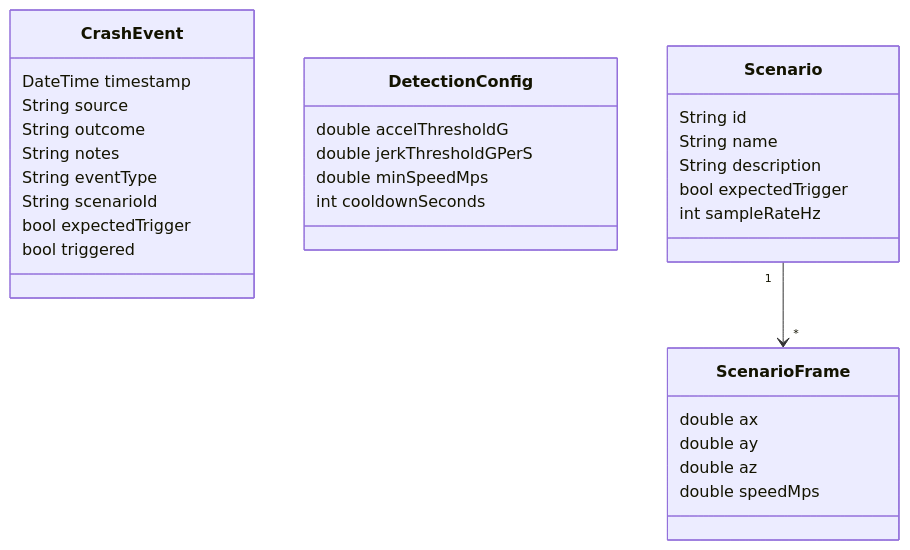
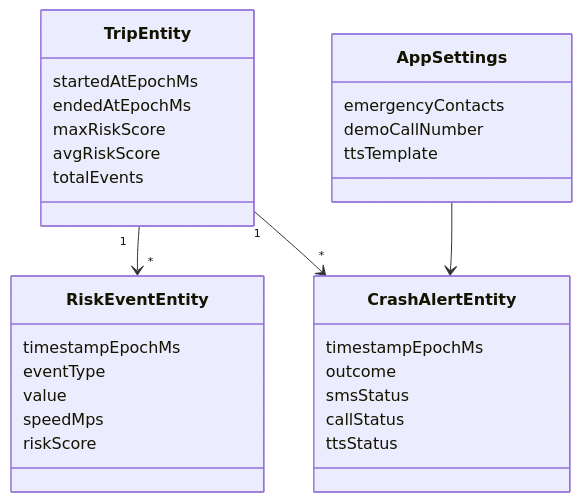
One commit to JS-961/Project-Sentry changed the eighth of 8 diagrams in flutter-app/assets/diagrams.md. Above: the diagram before and after it, drawn with Mermaid. The commit also changed other lines of this file and 59 other files, not shown here.

````diff
--- a/flutter-app/assets/diagrams.md
+++ b/flutter-app/assets/diagrams.md
@@ -117,33 +225,32 @@
 ```mermaid
 classDiagram
-  class CrashEvent {
-    DateTime timestamp
-    String source
-    String outcome
-    String notes
-    String eventType
-    String scenarioId
-    bool expectedTrigger
-    bool triggered
+  class TripEntity {
+    startedAtEpochMs
+    endedAtEpochMs
+    maxRiskScore
+    avgRiskScore
+    totalEvents
   }
-  class DetectionConfig {
-    double accelThresholdG
-    double jerkThresholdGPerS
-    double minSpeedMps
-    int cooldownSeconds
+  class RiskEventEntity {
+    timestampEpochMs
+    eventType
+    value
+    speedMps
+    riskScore
   }
-  class Scenario {
-    String id
-    String name
-    String description
-    bool expectedTrigger
-    int sampleRateHz
+  class CrashAlertEntity {
+    timestampEpochMs
+    outcome
+    smsStatus
+    callStatus
+    ttsStatus
   }
-  class ScenarioFrame {
-    double ax
-    double ay
-    double az
-    double speedMps
+  class AppSettings {
+    emergencyContacts
+    demoCallNumber
+    ttsTemplate
   }
-  Scenario "1" --> "*" ScenarioFrame
+  TripEntity "1" --> "*" RiskEventEntity
+  TripEntity "1" --> "*" CrashAlertEntity
+  AppSettings --> CrashAlertEntity
 ```
````
